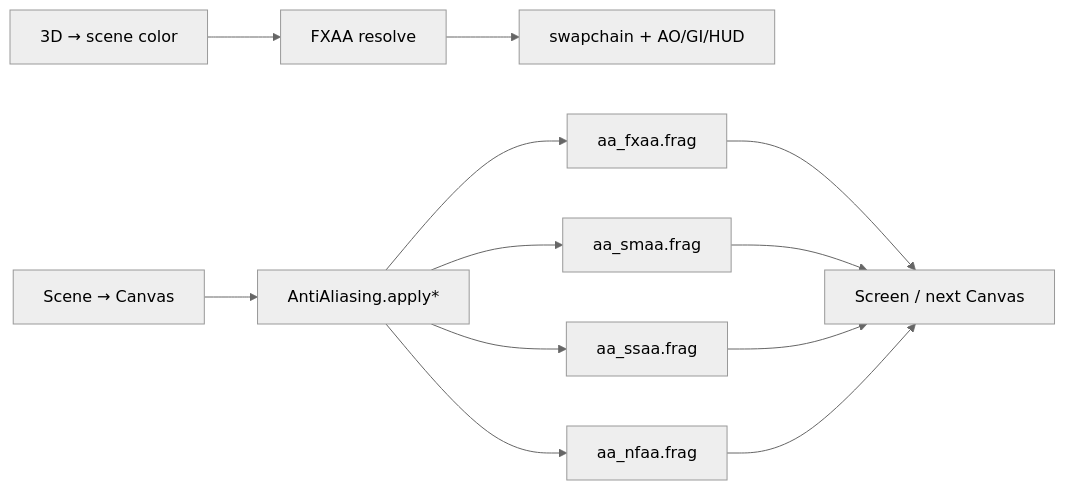
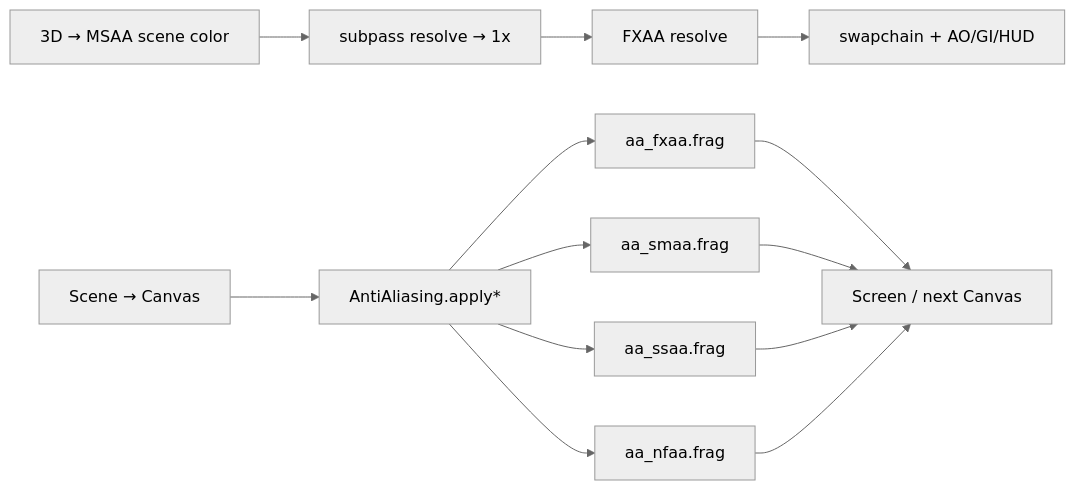
Before and after one commit to EVEngine/EVEngine: the diagram in docs/dev/抗锯齿模块设计.md, drawn with Mermaid (neutral theme). The commit also changed other lines of this file and 12 other files, not shown here.

First line of the commit message:
feat(graphics): implement hardware MSAA support for 3D scene color pass

````diff
--- a/docs/dev/抗锯齿模块设计.md
+++ b/docs/dev/抗锯齿模块设计.md
@@ -24,14 +25,15 @@
 ```mermaid
 flowchart LR
-  Scene["3D → scene color"] --> AA["FXAA resolve"]
+  Scene["3D → MSAA scene color"] --> Resolve["subpass resolve → 1x"]
+  Resolve --> AA["FXAA resolve"]
   Canvas["Scene → Canvas"] --> Apply["AntiAliasing.apply*"]
   AA --> Swap["swapchain + AO/GI/HUD"]
   Apply --> FXAA["aa_fxaa.frag"]
   Apply --> SMAA["aa_smaa.frag"]
   Apply --> SSAA["aa_ssaa.frag"]
   Apply --> NFAA["aa_nfaa.frag"]
   FXAA --> Out["Screen / next Canvas"]
   SMAA --> Out
   SSAA --> Out
   NFAA --> Out
 ```
````
